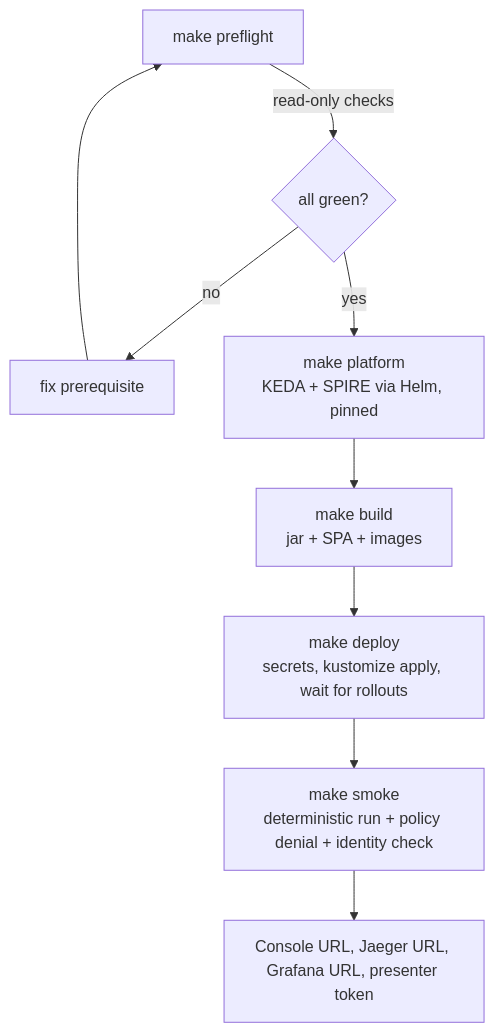
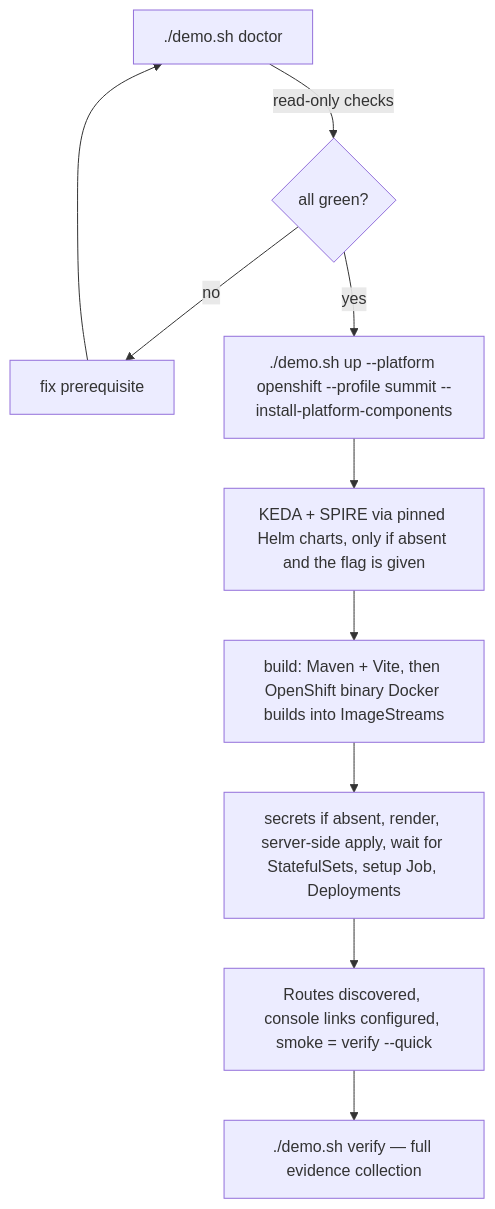
The diagram in docs/deployment.md (danieloh30/many-agents-one-platform), drawn with Mermaid before and after one commit. The commit also changed other lines of this file and 10 other files, not shown here.

````diff
--- a/docs/deployment.md
+++ b/docs/deployment.md
@@ -226,11 +235,12 @@
 ```mermaid
 flowchart TD
-  A[make preflight] -->|read-only checks| B{all green?}
+  A["./demo.sh doctor"] -->|read-only checks| B{all green?}
   B -- no --> A1[fix prerequisite]
   A1 --> A
-  B -- yes --> C[make platform<br/>KEDA + SPIRE via Helm, pinned]
-  C --> D[make build<br/>jar + SPA + images]
-  D --> E[make deploy<br/>secrets, kustomize apply, wait for rollouts]
-  E --> F[make smoke<br/>deterministic run + policy denial + identity check]
-  F --> G[Console URL, Jaeger URL, Grafana URL, presenter token]
+  B -- yes --> C["./demo.sh up --platform openshift --profile summit --install-platform-components"]
+  C --> C1[KEDA + SPIRE via pinned Helm charts, only if absent and the flag is given]
+  C1 --> D[build: Maven + Vite, then OpenShift binary Docker builds into ImageStreams]
+  D --> E[secrets if absent, render, server-side apply, wait for StatefulSets, setup Job, Deployments]
+  E --> F[Routes discovered, console links configured, smoke = verify --quick]
+  F --> G["./demo.sh verify — full evidence collection"]
 ```
````
